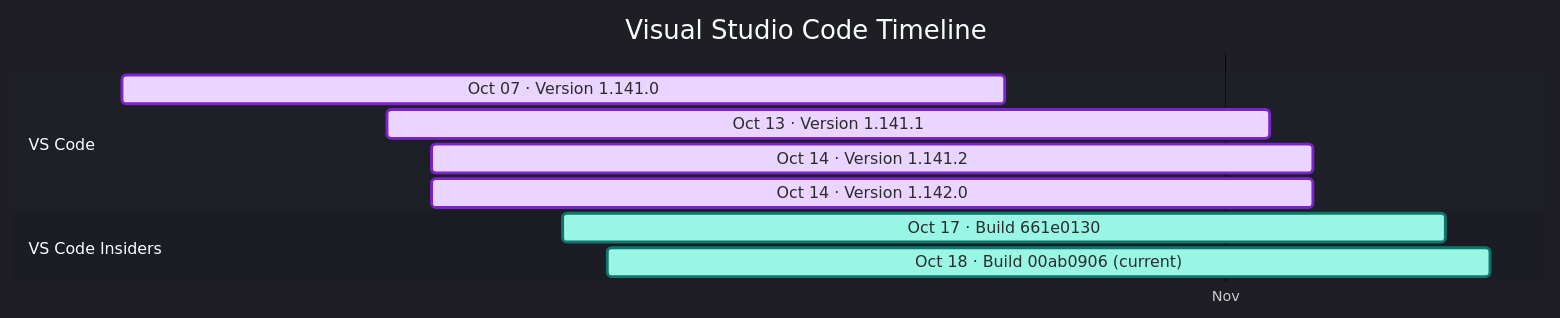
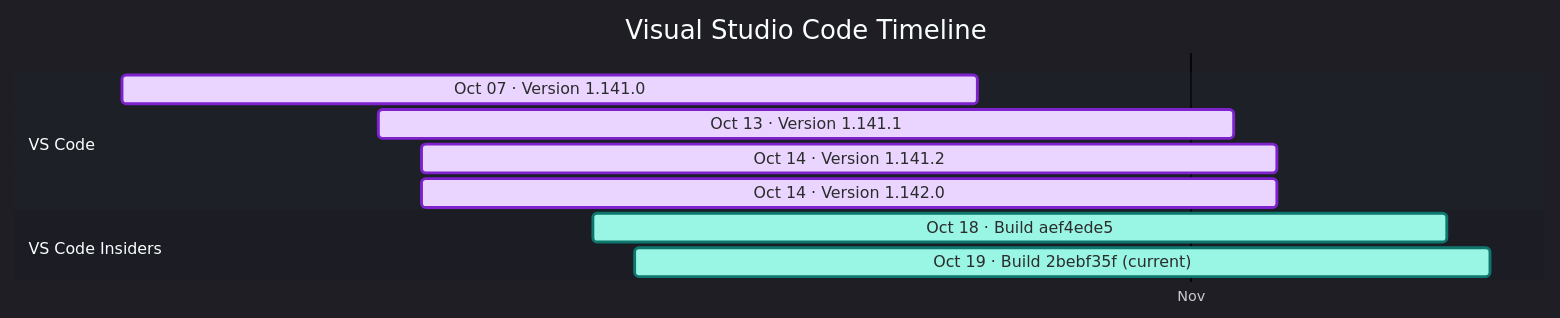
The diagram in docs/vscode.md (Oxelya-DevTools/VisualStudioUpdate), drawn with Mermaid before and after one commit. The commit also changed other lines of this file and 1 other file, not shown here.

````diff
--- a/docs/vscode.md
+++ b/docs/vscode.md
@@ -9,16 +9,16 @@
 ```mermaid
 %%{init: {'theme':'dark','themeVariables': { 'fontFamily': 'Segoe UI', 'fontSize': '24px', 'textColor': '#F3F4F6', 'titleTextColor': '#FFFFFF', 'taskTextColor': '#111827', 'taskTextLightColor': '#111827', 'taskTextOutsideColor': '#F3F4F6', 'taskBkgColor': '#BAE6FD', 'taskBorderColor': '#0369A1', 'doneTaskBkgColor': '#E9D5FF', 'doneTaskBorderColor': '#7E22CE', 'activeTaskBkgColor': '#99F6E4', 'activeTaskBorderColor': '#0F766E', 'critTaskBkgColor': '#FED7AA', 'critTaskBorderColor': '#C2410C', 'sectionBkgColor': '#1F2937', 'altSectionBkgColor': '#111827', 'gridColor': '#4B5563', 'todayLineColor': '#F87171' }}}%%
 gantt
     title Visual Studio Code Timeline
     dateFormat  YYYY-MM-DD
     axisFormat  %b
     tickInterval 1month
     section VS Code
     Oct 07 · Version 1.141.0 : done, vscode202610070, 2026-10-07, 20d
     Oct 13 · Version 1.141.1 : done, vscode202610131, 2026-10-13, 20d
     Oct 14 · Version 1.141.2 : done, vscode202610142, 2026-10-14, 20d
     Oct 14 · Version 1.142.0 : done, vscode202610143, 2026-10-14, 20d
     section VS Code Insiders
-    Oct 17 · Build 661e0130 : active, vscodeinsiders202610170, 2026-10-17, 20d
-    Oct 18 · Build 00ab0906 (current) : active, vscodeinsiders202610181, 2026-10-18, 20d
+    Oct 18 · Build aef4ede5 : active, vscodeinsiders202610180, 2026-10-18, 20d
+    Oct 19 · Build 2bebf35f (current) : active, vscodeinsiders202610191, 2026-10-19, 20d
 ```
````
